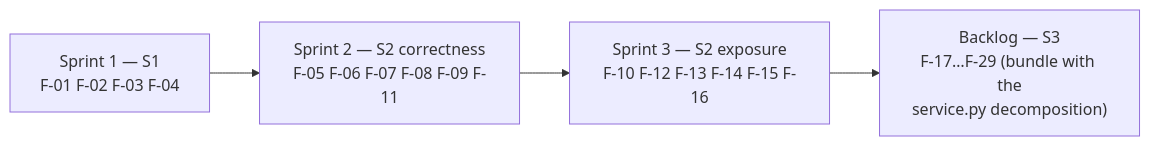
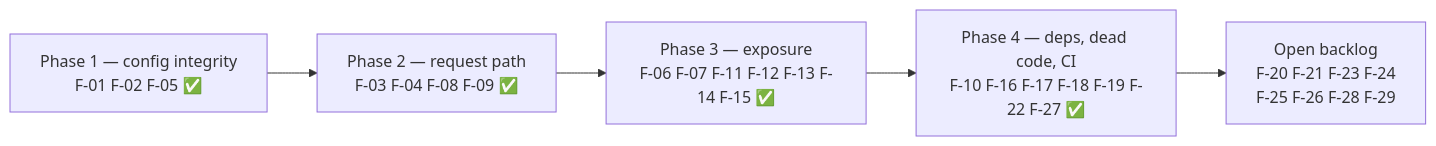
Before and after one commit to matthewdcage/llm-swarm-router: the diagram in docs/architecture/07-findings-register.md, drawn with Mermaid. The commit also changed other lines of this file and 4 other files, not shown here.

````diff
--- a/docs/architecture/07-findings-register.md
+++ b/docs/architecture/07-findings-register.md
@@ -22,6 +33,7 @@
 ```mermaid
 flowchart LR
-    W1["Sprint 1 — S1<br/>F-01 F-02 F-03 F-04"] --> W2["Sprint 2 — S2 correctness<br/>F-05 F-06 F-07 F-08 F-09 F-11"]
-    W2 --> W3["Sprint 3 — S2 exposure<br/>F-10 F-12 F-13 F-14 F-15 F-16"]
-    W3 --> W4["Backlog — S3<br/>F-17…F-29 (bundle with the<br/>service.py decomposition)"]
+    W1["Phase 1 — config integrity<br/>F-01 F-02 F-05 ✅"] --> W2["Phase 2 — request path<br/>F-03 F-04 F-08 F-09 ✅"]
+    W2 --> W3["Phase 3 — exposure<br/>F-06 F-07 F-11 F-12 F-13 F-14 F-15 ✅"]
+    W3 --> W4["Phase 4 — deps, dead code, CI<br/>F-10 F-16 F-17 F-18 F-19 F-22 F-27 ✅"]
+    W4 --> W5["Open backlog<br/>F-20 F-21 F-23 F-24<br/>F-25 F-26 F-28 F-29"]
 ```
````
